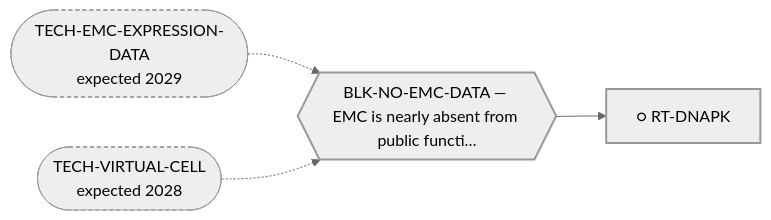
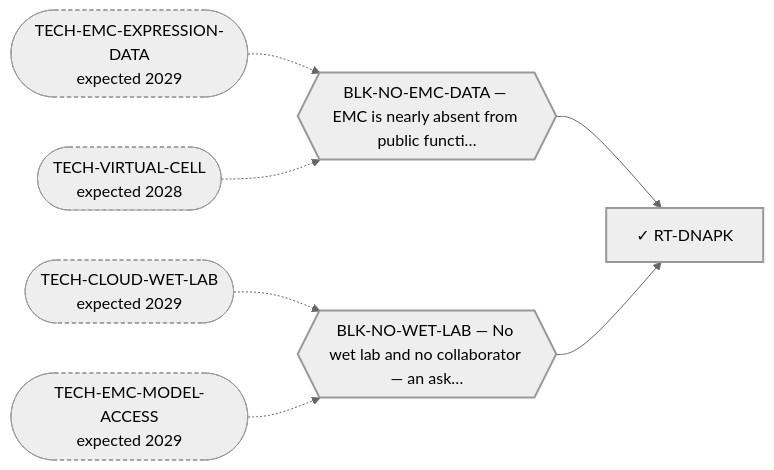
Before and after one commit to trimcrae/Rare-cancers: the diagram in systems/views/L2-rt-dnapk.md, drawn with Mermaid (neutral theme). The commit also changed other lines of this file and 15 other files, not shown here.

````diff
--- a/systems/views/L2-rt-dnapk.md
+++ b/systems/views/L2-rt-dnapk.md
@@ -27,14 +27,20 @@
 ```mermaid
 flowchart LR
-  RT_DNAPK["○ RT-DNAPK"]:::fam
+  RT_DNAPK["✓ RT-DNAPK"]:::fam
   BLK_NO_EMC_DATA{{"BLK-NO-EMC-DATA — EMC is nearly absent from public functi…"}}:::blk
   BLK_NO_EMC_DATA --> RT_DNAPK
   TECH_EMC_EXPRESSION_DATA(["TECH-EMC-EXPRESSION-DATA<br/>expected 2029"]):::tech
   TECH_EMC_EXPRESSION_DATA -.-> BLK_NO_EMC_DATA
   TECH_VIRTUAL_CELL(["TECH-VIRTUAL-CELL<br/>expected 2028"]):::tech
   TECH_VIRTUAL_CELL -.-> BLK_NO_EMC_DATA
+  BLK_NO_WET_LAB{{"BLK-NO-WET-LAB — No wet lab and no collaborator — an ask…"}}:::blk
+  BLK_NO_WET_LAB --> RT_DNAPK
+  TECH_CLOUD_WET_LAB(["TECH-CLOUD-WET-LAB<br/>expected 2029"]):::tech
+  TECH_CLOUD_WET_LAB -.-> BLK_NO_WET_LAB
+  TECH_EMC_MODEL_ACCESS(["TECH-EMC-MODEL-ACCESS<br/>expected 2029"]):::tech
+  TECH_EMC_MODEL_ACCESS -.-> BLK_NO_WET_LAB
   classDef fam stroke-width:2px;
   classDef blk stroke-width:2px;
   classDef perm stroke-width:4px;
   classDef tech stroke-width:1px,stroke-dasharray:4 3;
 ```
````
